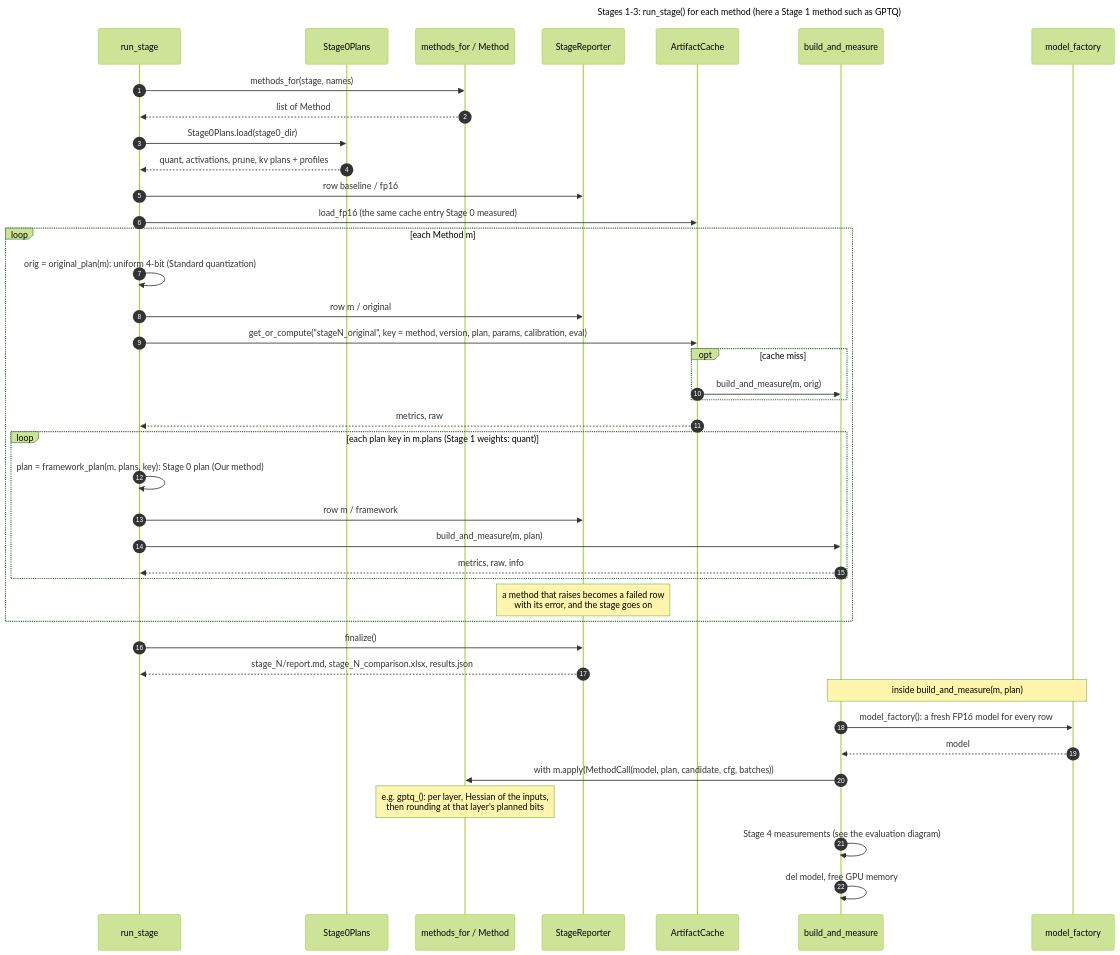
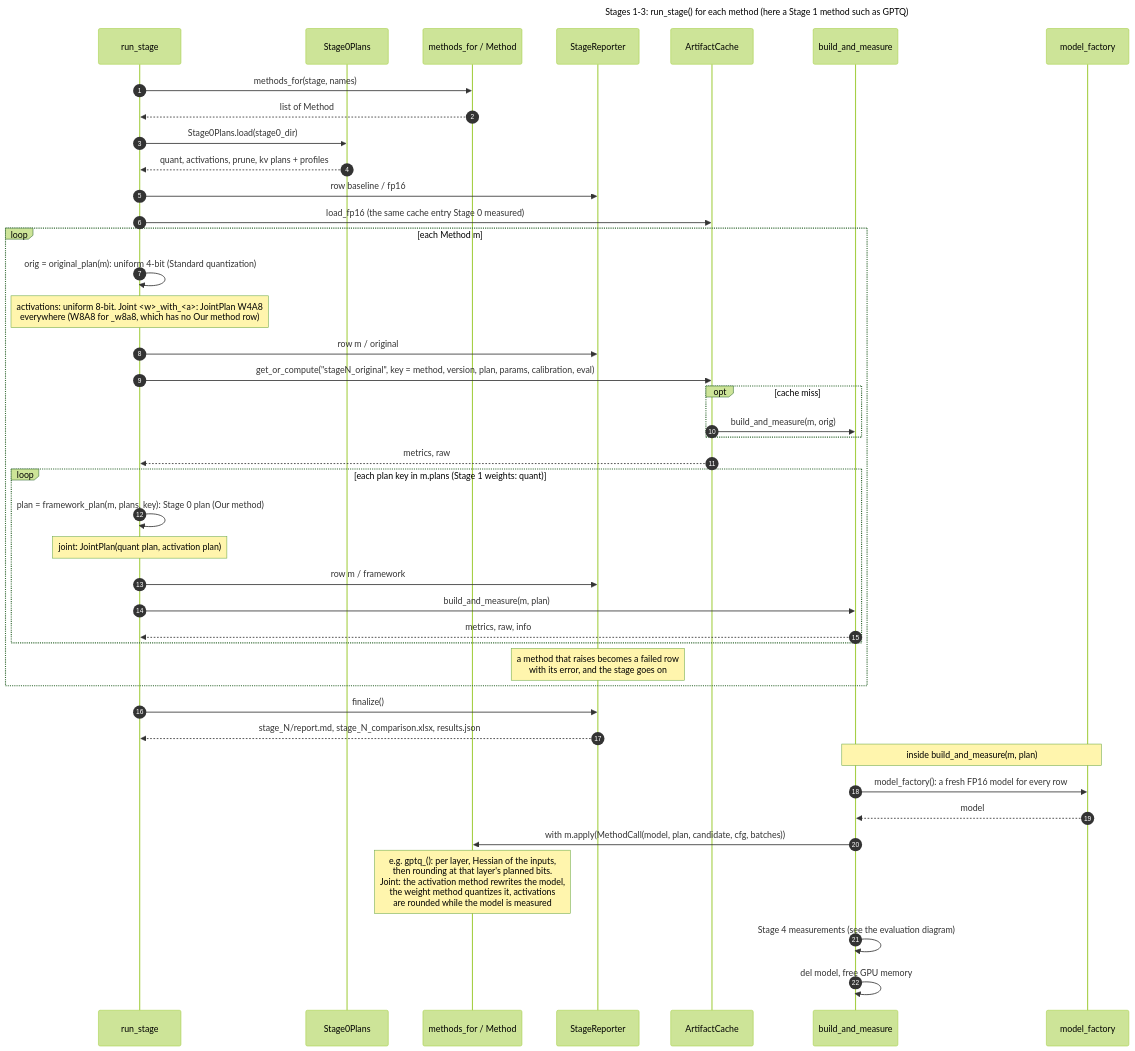
The diagram in docs/diagrams/seq-stage-method.mmd (hamuutpls/sensitivity-driven-framework), drawn with Mermaid (forest theme) before and after one commit. The commit also changed 10 other files, not shown here.

First line of the commit message:
docs: draw joint weight+activation methods (JointPlan) in the diagrams (#56)

```diff
--- a/docs/diagrams/seq-stage-method.mmd
+++ b/docs/diagrams/seq-stage-method.mmd
@@ -1,45 +1,47 @@
 ---
 title: "Stages 1-3: run_stage() for each method (here a Stage 1 method such as GPTQ)"
 ---
 sequenceDiagram
     autonumber
     participant RS as run_stage
     participant P as Stage0Plans
     participant M as methods_for / Method
     participant Rep as StageReporter
     participant C as ArtifactCache
     participant BM as build_and_measure
     participant F as model_factory
 
     RS->>M: methods_for(stage, names)
     M-->>RS: list of Method
     RS->>P: Stage0Plans.load(stage0_dir)
     P-->>RS: quant, activations, prune, kv plans + profiles
     RS->>Rep: row baseline / fp16
     RS->>C: load_fp16 (the same cache entry Stage 0 measured)
     loop each Method m
         RS->>RS: orig = original_plan(m): uniform 4-bit (Standard quantization)
+        Note over RS: activations: uniform 8-bit. Joint <w>_with_<a>: JointPlan W4A8<br/>everywhere (W8A8 for _w8a8, which has no Our method row)
         RS->>Rep: row m / original
         RS->>C: get_or_compute("stageN_original", key = method, version, plan, params, calibration, eval)
         opt cache miss
             C->>BM: build_and_measure(m, orig)
         end
         C-->>RS: metrics, raw
         loop each plan key in m.plans (Stage 1 weights: quant)
             RS->>RS: plan = framework_plan(m, plans, key): Stage 0 plan (Our method)
+        Note over RS: joint: JointPlan(quant plan, activation plan)
             RS->>Rep: row m / framework
             RS->>BM: build_and_measure(m, plan)
             BM-->>RS: metrics, raw, info
         end
         Note over Rep: a method that raises becomes a failed row<br/>with its error, and the stage goes on
     end
     RS->>Rep: finalize()
     Rep-->>RS: stage_N/report.md, stage_N_comparison.xlsx, results.json
 
     Note over BM,F: inside build_and_measure(m, plan)
     BM->>F: model_factory(): a fresh FP16 model for every row
     F-->>BM: model
     BM->>M: with m.apply(MethodCall(model, plan, candidate, cfg, batches))
-    Note over M: e.g. gptq_(): per layer, Hessian of the inputs,<br/>then rounding at that layer's planned bits
+    Note over M: e.g. gptq_(): per layer, Hessian of the inputs,<br/>then rounding at that layer's planned bits.<br/>Joint: the activation method rewrites the model,<br/>the weight method quantizes it, activations<br/>are rounded while the model is measured
     BM->>BM: Stage 4 measurements (see the evaluation diagram)
     BM->>BM: del model, free GPU memory
```
